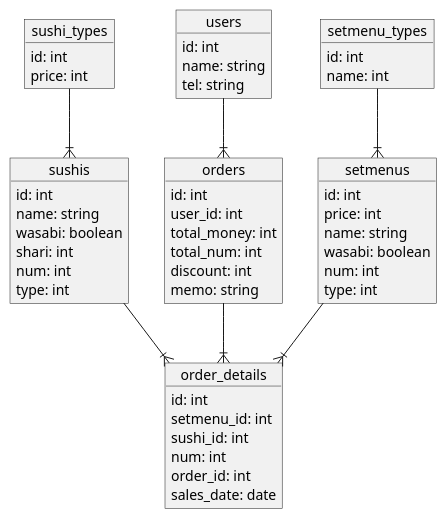
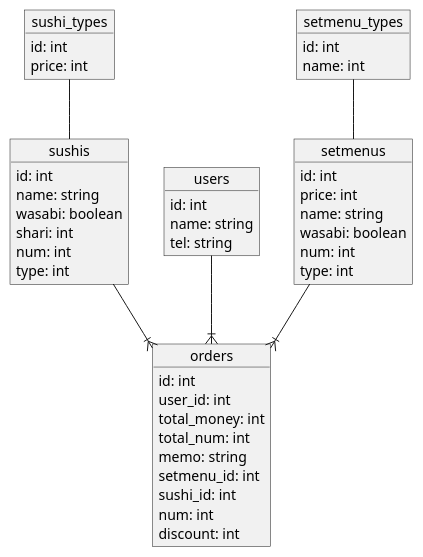
One commit to tasdsn/praha changed the diagram in 01/db_modeling_3.puml. Above: the diagram before and after it, drawn with PlantUML. The commit also changed 2 other files, not shown here.

Commit message:
fix:order_details削除

```diff
--- a/01/db_modeling_3.puml
+++ b/01/db_modeling_3.puml
@@ -1,59 +1,53 @@
 @startuml
 'skinparam nodesep 100 // 水平方向の矢印の長さを調整
 
 object setmenus
 object sushis
 object users
 object orders
-object order_details
 object setmenu_types
 object sushi_types
 
 users : id: int
 users : name: string
 users : tel: string
 
 setmenus : id: int
 setmenus : price: int
 setmenus : name: string
 setmenus : wasabi: boolean
 setmenus : num: int
 setmenus : type: int
 
 sushis : id: int
 sushis : name: string
 sushis : wasabi: boolean
 sushis : shari: int
 sushis : num: int
 sushis : type: int
 
-order_details : id: int
-order_details : setmenu_id: int
-order_details : sushi_id: int
-order_details : num: int
-order_details : order_id: int
-order_details : sales_date: date
-
 orders : id: int
 orders : user_id: int
 orders : total_money: int
 orders : total_num: int
+orders : memo: string
+orders : setmenu_id: int
+orders : sushi_id: int
+orders : num: int
 orders : discount: int
-orders : memo: string
 
 sushi_types : id: int
 sushi_types : price: int
 
 setmenu_types : id: int
 setmenu_types : name: int
 
 users    --|{ orders
-orders   --|{ order_details
-setmenus --|{ order_details
-sushis   --|{ order_details
-setmenu_types --|{ setmenus
-sushi_types --|{ sushis
+setmenus --|{ orders
+sushis   --|{ orders
+setmenu_types -- setmenus
+sushi_types -- sushis
 
 '20皿以上頼んだら割引になるサービスができた
 'ordersテーブルにdiscountカラムを作って割引額を保存しておく
 @enduml
```
